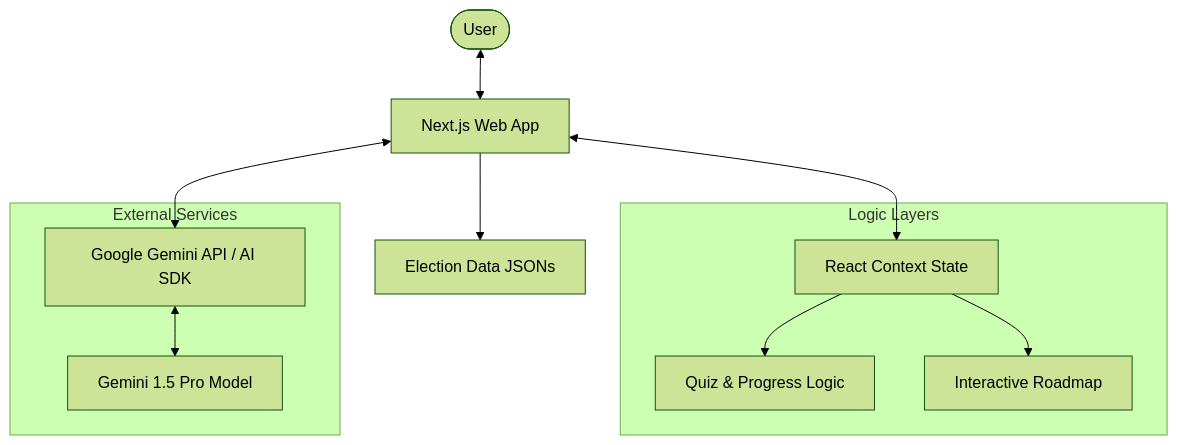
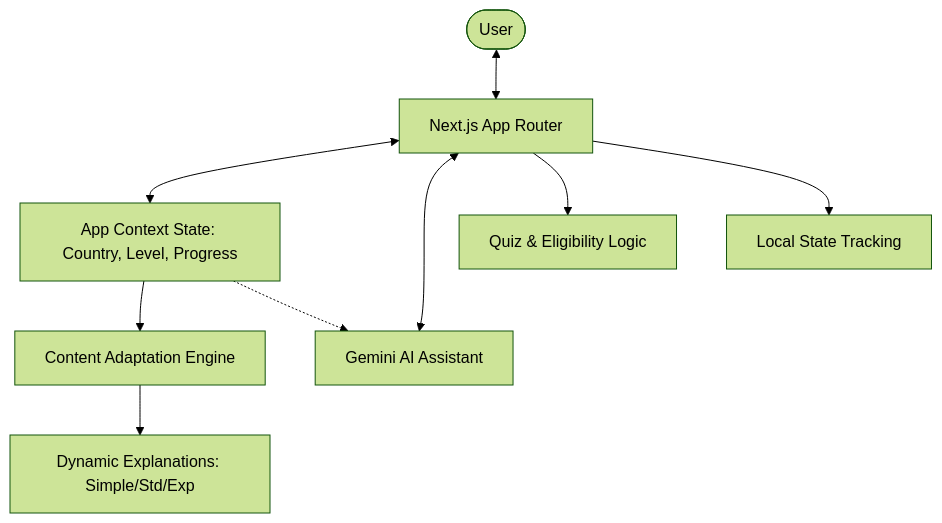
The first of 2 diagrams in README.md (himashrik/Election-process-education), drawn with Mermaid (forest theme) before and after one commit. The commit also changed other lines of this file, not shown here.

````diff
--- a/README.md
+++ b/README.md
@@ -36,16 +57,11 @@
 ```mermaid
 graph TD
-    User([User]) <--> Frontend[Next.js Web App]
-    Frontend <--> Context[React Context State]
-    Frontend <--> GeminiAPI[Google Gemini API / AI SDK]
-    Frontend --> StaticData[Election Data JSONs]
-    
-    subgraph "Logic Layers"
-        Context --> QuizLogic[Quiz & Progress Logic]
-        Context --> RoadmapLogic[Interactive Roadmap]
-    end
-    
-    subgraph "External Services"
-        GeminiAPI <--> GeminiPro[Gemini 1.5 Pro Model]
-    end
+    User([User]) <--> UI[Next.js App Router]
+    UI <--> Context[App Context State: Country, Level, Progress]
+    Context --> Engine[Content Adaptation Engine]
+    Engine --> Content[Dynamic Explanations: Simple/Std/Exp]
+    UI <--> Assistant[Gemini AI Assistant]
+    Context -.-> Assistant
+    UI --> Quiz[Quiz & Eligibility Logic]
+    UI --> Storage[Local State Tracking]
 ```
````
